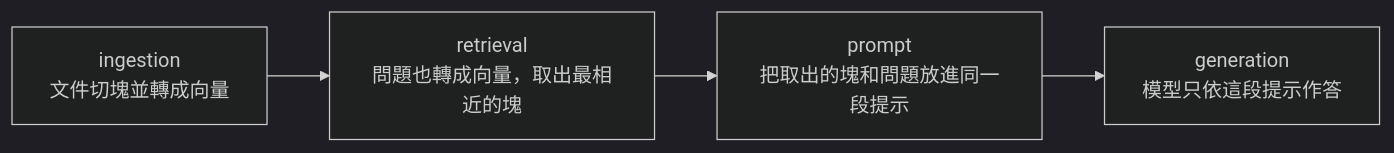
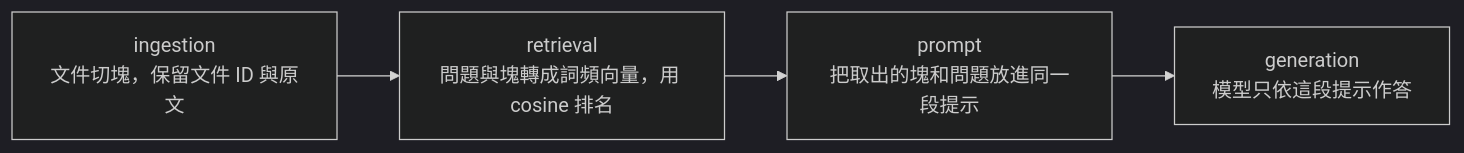
Before and after one commit to HiIamJeff67/learning-rag: the diagram in notebook/IR Foundations and a Reproducible Naive RAG Baseline.md, drawn with Mermaid (dark theme). The commit also changed other lines of this file and 21 other files, not shown here.

````diff
--- a/notebook/IR Foundations and a Reproducible Naive RAG Baseline.md
+++ b/notebook/IR Foundations and a Reproducible Naive RAG Baseline.md
@@ -14,6 +14,6 @@
 ```mermaid
 flowchart LR
-    A[ingestion<br/>文件切塊並轉成向量] --> B[retrieval<br/>問題也轉成向量，取出最相近的塊]
+    A[ingestion<br/>文件切塊，保留文件 ID 與原文] --> B[retrieval<br/>問題與塊轉成詞頻向量，用 cosine 排名]
     B --> C[prompt<br/>把取出的塊和問題放進同一段提示]
     C --> D[generation<br/>模型只依這段提示作答]
 ```
````
